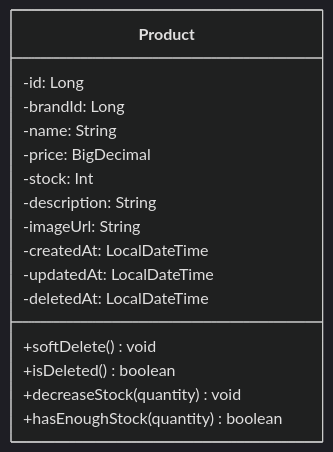
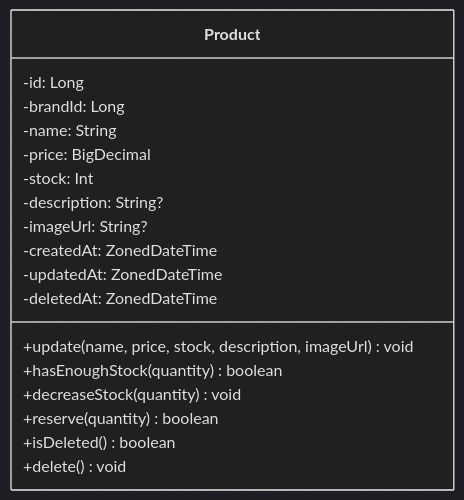
Before and after one commit to Loopers-dev-lab/loop-pack-be-l2-vol3-kotlin: the fourth of 8 diagrams in docs/design/03-class-diagram.md, drawn with Mermaid (dark theme). The commit also changed other lines of this file, not shown here.

First line of the commit message:
docs: 클래스 다이어그램을 실제 코드 구조에 맞게 수정

````diff
--- a/docs/design/03-class-diagram.md
+++ b/docs/design/03-class-diagram.md
@@ -176,19 +214,21 @@
 ```mermaid
 classDiagram
     class Product {
         -id: Long
         -brandId: Long
         -name: String
         -price: BigDecimal
         -stock: Int
-        -description: String
-        -imageUrl: String
-        -createdAt: LocalDateTime
-        -updatedAt: LocalDateTime
-        -deletedAt: LocalDateTime
-        +softDelete() void
+        -description: String?
+        -imageUrl: String?
+        -createdAt: ZonedDateTime
+        -updatedAt: ZonedDateTime
+        -deletedAt: ZonedDateTime
+        +update(name, price, stock, description, imageUrl) void
+        +hasEnoughStock(quantity) boolean
+        +decreaseStock(quantity) void
+        +reserve(quantity) boolean
         +isDeleted() boolean
-        +decreaseStock(quantity) void
-        +hasEnoughStock(quantity) boolean
+        +delete() void
     }
 ```
````
